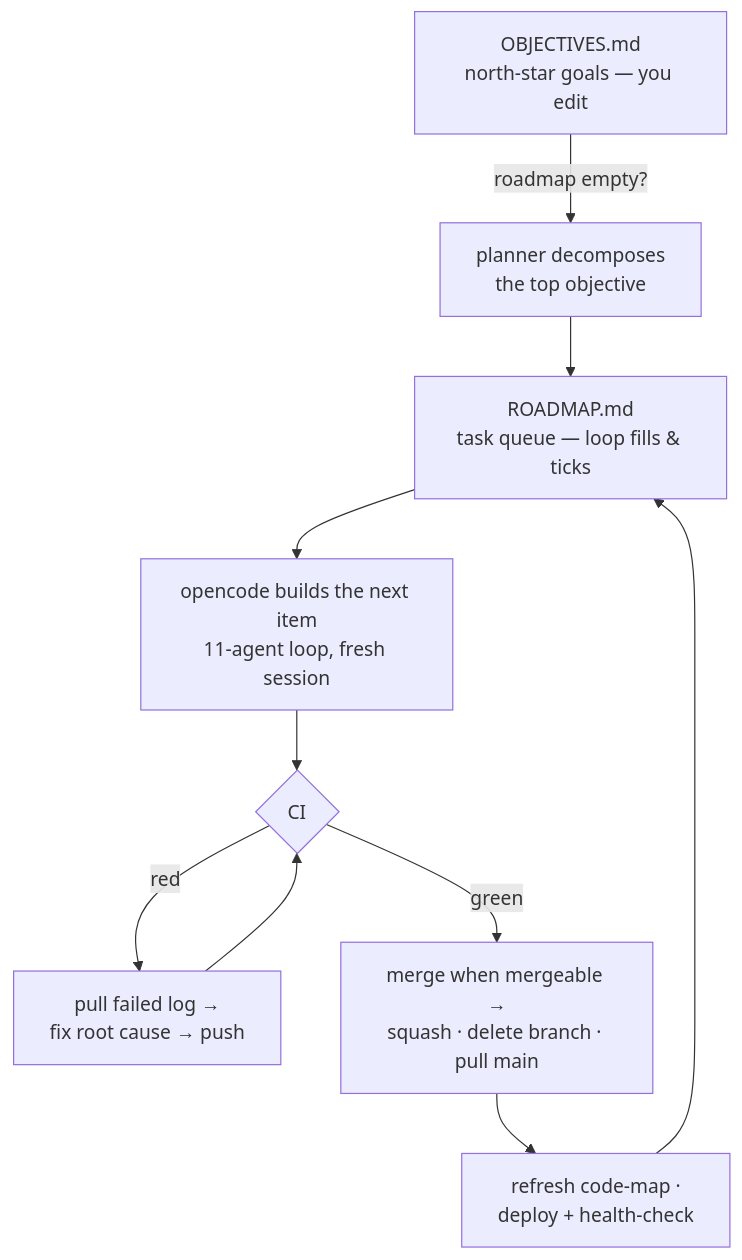
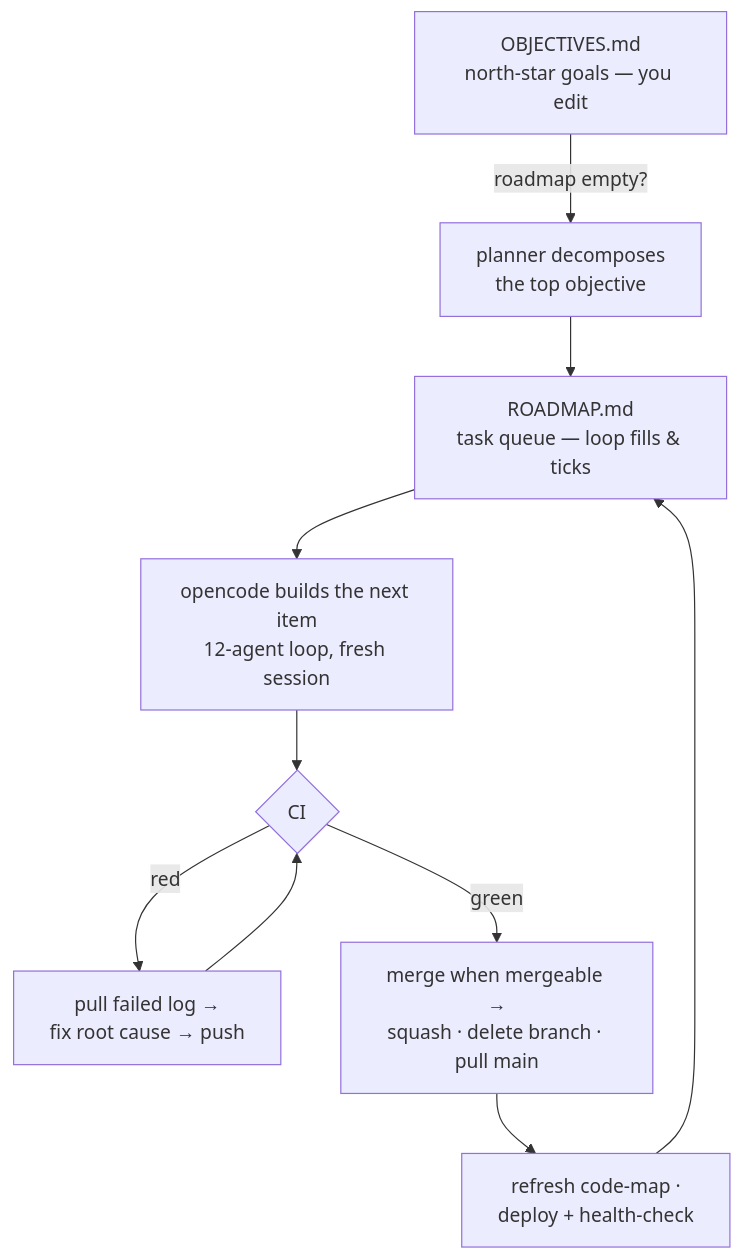
The second of 2 diagrams in README.md (buagi/ace), drawn with Mermaid before and after one commit. The commit also changed other lines of this file and 23 other files, not shown here.

````diff
--- a/README.md
+++ b/README.md
@@ -112,10 +112,10 @@
 ```mermaid
 flowchart TD
   OBJ[OBJECTIVES.md<br/>north-star goals — you edit] -->|roadmap empty?| PL[planner decomposes<br/>the top objective]
   PL --> RM[ROADMAP.md<br/>task queue — loop fills & ticks]
-  RM --> B[opencode builds the next item<br/>11-agent loop, fresh session]
+  RM --> B[opencode builds the next item<br/>12-agent loop, fresh session]
   B --> CI{CI}
   CI -->|red| FIX[pull failed log →<br/>fix root cause → push] --> CI
   CI -->|green| MG[merge when mergeable →<br/>squash · delete branch · pull main]
   MG --> DEP[refresh code-map ·<br/>deploy + health-check] --> RM
 ```
````
